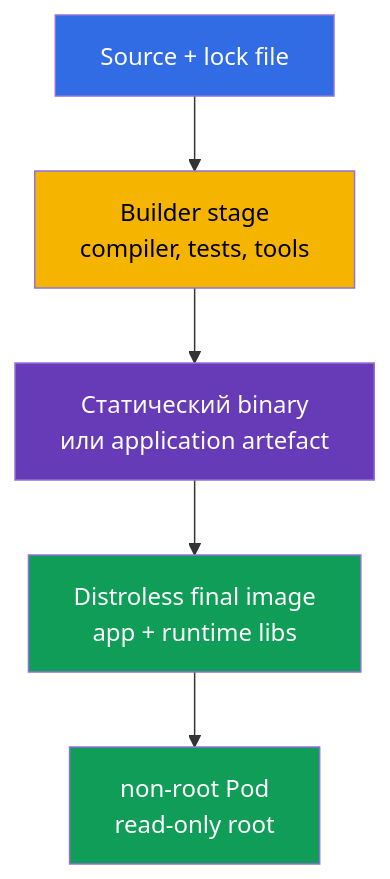
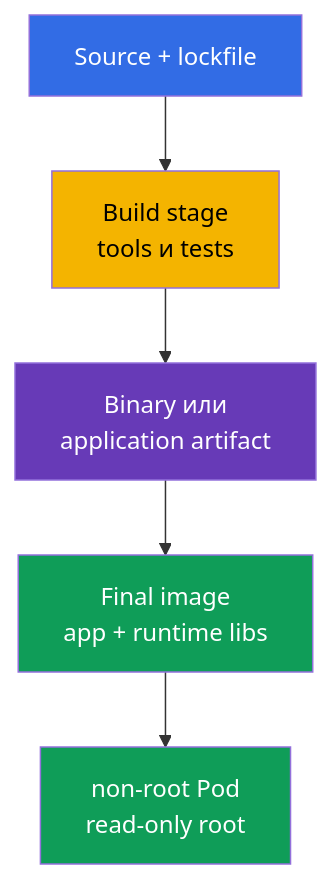
Before and after one commit to ViktorUJ/cks: the third of 3 diagrams in tasks/cks/course/31/ru.md, drawn with Mermaid. The commit also changed other lines of this file and 15 other files, not shown here.

````diff
--- a/tasks/cks/course/31/ru.md
+++ b/tasks/cks/course/31/ru.md
@@ -331,12 +339,12 @@
 ```mermaid
 flowchart TB
-    src["Source + lock file"] --> build["Builder stage<br/>compiler, tests, tools"]
-    build --> artifact["Статический binary<br/>или application artefact"]
-    artifact --> final["Distroless final image<br/>app + runtime libs"]
+    src["Source + lockfile"] --> build["Build stage<br/>tools и tests"]
+    build --> artifact["Binary или<br/>application artifact"]
+    artifact --> final["Final image<br/>app + runtime libs"]
     final --> pod["non-root Pod<br/>read-only root"]
     style src fill:#326ce5,color:#fff
     style build fill:#f4b400,color:#000
     style artifact fill:#673ab7,color:#fff
     style final fill:#0f9d58,color:#fff
     style pod fill:#0f9d58,color:#fff
 ```
````
